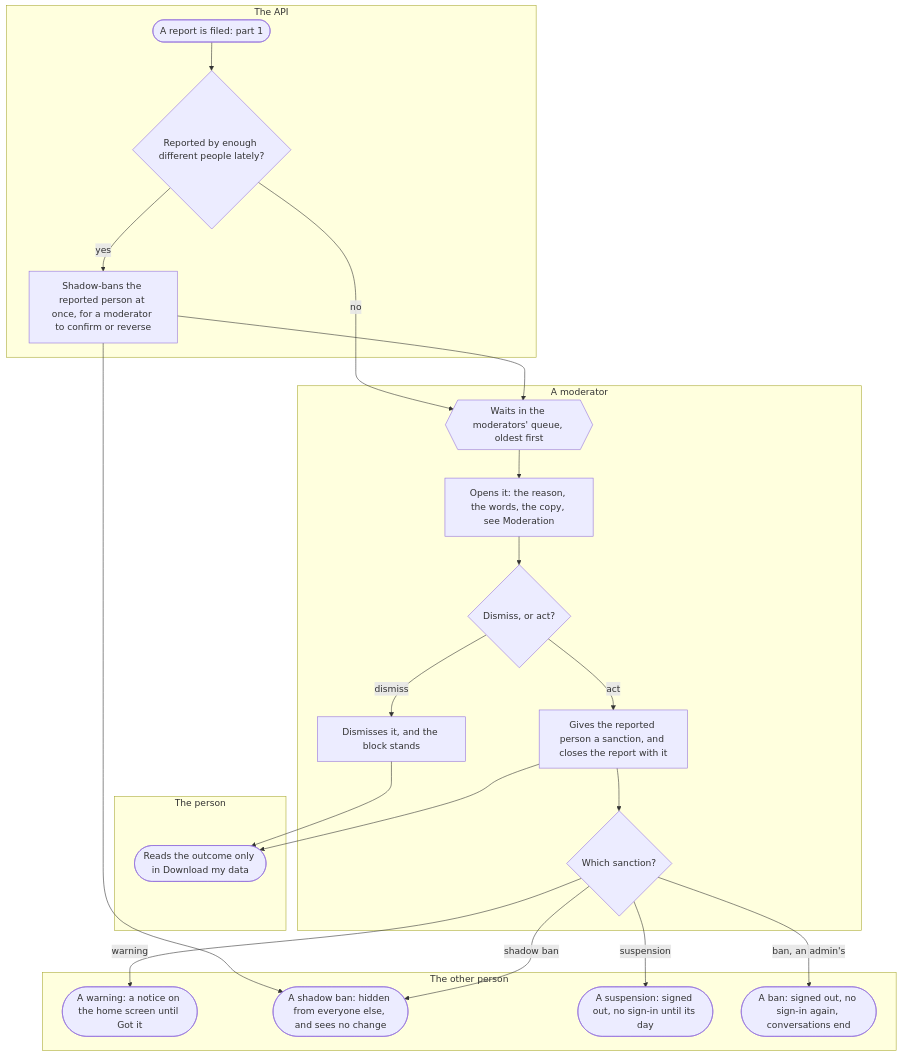
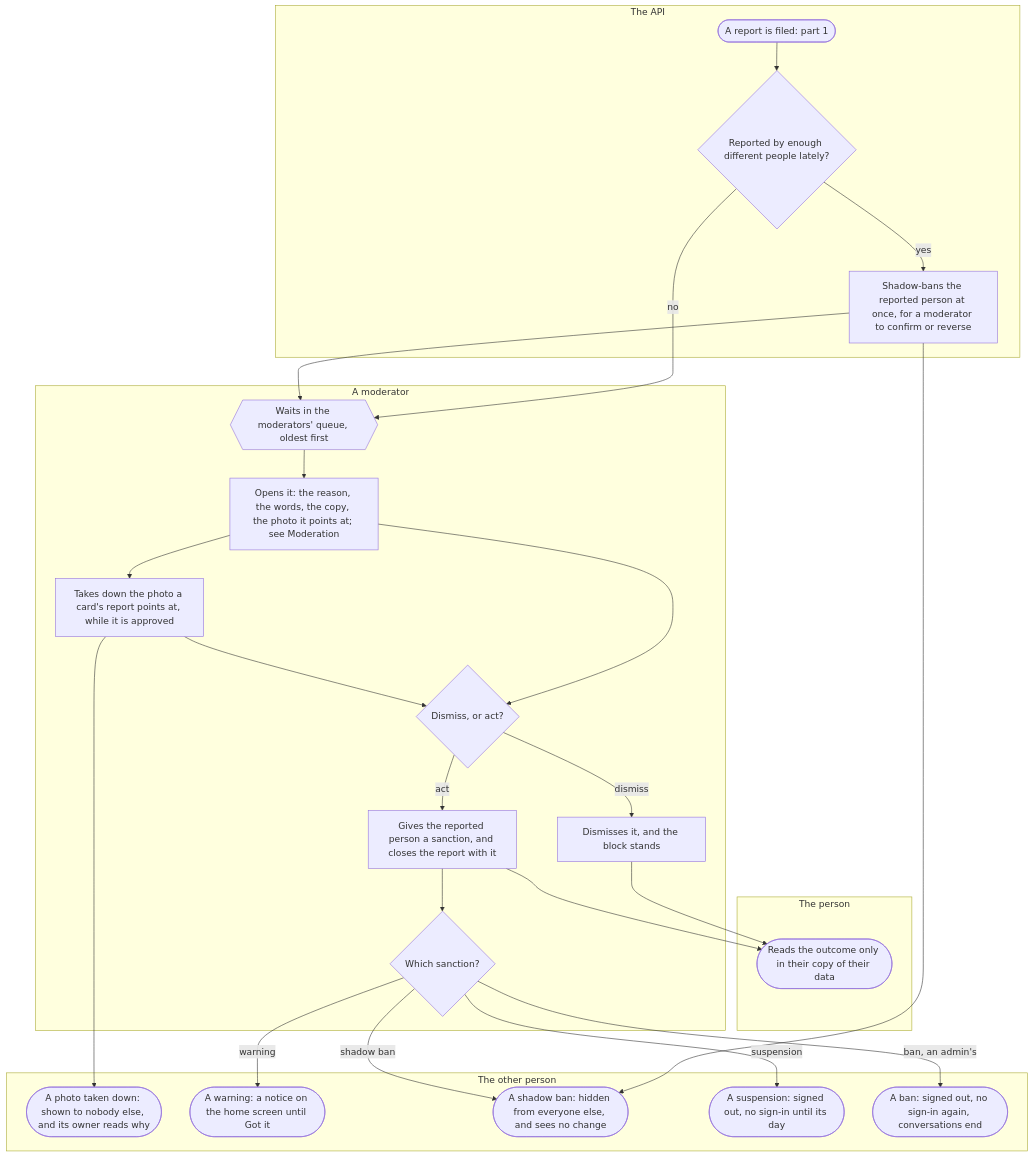
Before and after one commit to kuutti-ry/kuutti-app: the second of 2 diagrams in docs/flows/report-and-block.md, drawn with Mermaid. The commit also changed other lines of this file and 41 other files, not shown here.

First line of the commit message:
Redraw the user flows against today's main, held by check:docs

````diff
--- a/docs/flows/report-and-block.md
+++ b/docs/flows/report-and-block.md
@@ -76,43 +106,48 @@
 ```mermaid
 flowchart TB
   accTitle: Report and block, part 2: the wait and the outcome
-  accDescr: A filed report first meets the automatic rule: reports from enough different people lately shadow-ban the reported person at once, for a moderator to confirm or reverse. The report then waits in the moderators' queue. A moderator opens it and dismisses it, or acts with a sanction: a warning, a shadow ban, a suspension or a ban, each of which changes the reported person's use of the app differently. Nobody is told of the decision, and the reporter reads its outcome only in their copy of their data.
+  accDescr: A filed report first meets the automatic rule: reports from enough different people lately shadow-ban the reported person at once, for a moderator to confirm or reverse. The report then waits in the moderators' queue. A moderator opens it, may take down the one photo it points at, and dismisses it or acts with a sanction: a warning, a shadow ban, a suspension or a ban, each of which changes the reported person's use of the app differently. Nobody is told of the decision, and the reporter reads its outcome only in their copy of their data.
   subgraph person["The person"]
-    s30(["Reads the outcome only in Download my data"])
+    s34(["Reads the outcome only in their copy of their data"])
   end
   subgraph api["The API"]
-    s17(["A report is filed: part 1"])
-    s18{"Reported by enough different people lately?"}
-    s19["Shadow-bans the reported person at once, for a moderator to confirm or reverse"]
+    s19(["A report is filed: part 1"])
+    s20{"Reported by enough different people lately?"}
+    s21["Shadow-bans the reported person at once, for a moderator to confirm or reverse"]
   end
   subgraph other["The other person"]
-    s26(["A warning: a notice on the home screen until Got it"])
-    s27(["A shadow ban: hidden from everyone else, and sees no change"])
-    s28(["A suspension: signed out, no sign-in until its day"])
-    s29(["A ban: signed out, no sign-in again, conversations end"])
+    s29(["A photo taken down: shown to nobody else, and its owner reads why"])
+    s30(["A warning: a notice on the home screen until Got it"])
+    s31(["A shadow ban: hidden from everyone else, and sees no change"])
+    s32(["A suspension: signed out, no sign-in until its day"])
+    s33(["A ban: signed out, no sign-in again, conversations end"])
   end
   subgraph moderator["A moderator"]
-    s20{{"Waits in the moderators' queue, oldest first"}}
-    s21["Opens it: the reason, the words, the copy, see Moderation"]
-    s22{"Dismiss, or act?"}
-    s23["Dismisses it, and the block stands"]
-    s24["Gives the reported person a sanction, and closes the report with it"]
-    s25{"Which sanction?"}
+    s22{{"Waits in the moderators' queue, oldest first"}}
+    s23["Opens it: the reason, the words, the copy, the photo it points at; see Moderation"]
+    s24["Takes down the photo a card's report points at, while it is approved"]
+    s25{"Dismiss, or act?"}
+    s26["Dismisses it, and the block stands"]
+    s27["Gives the reported person a sanction, and closes the report with it"]
+    s28{"Which sanction?"}
   end
-  s17 --> s18
-  s18 -->|"yes"| s19
-  s18 -->|"no"| s20
   s19 --> s20
-  s19 --> s27
-  s20 --> s21
+  s20 -->|"yes"| s21
+  s20 -->|"no"| s22
   s21 --> s22
-  s22 -->|"dismiss"| s23
-  s22 -->|"act"| s24
+  s21 --> s31
+  s22 --> s23
+  s23 --> s24
+  s23 --> s25
+  s24 --> s29
   s24 --> s25
-  s25 -->|"warning"| s26
-  s25 -->|"shadow ban"| s27
-  s25 -->|"suspension"| s28
-  s25 -->|"ban, an admin's"| s29
-  s23 --> s30
-  s24 --> s30
+  s25 -->|"dismiss"| s26
+  s25 -->|"act"| s27
+  s27 --> s28
+  s28 -->|"warning"| s30
+  s28 -->|"shadow ban"| s31
+  s28 -->|"suspension"| s32
+  s28 -->|"ban, an admin's"| s33
+  s26 --> s34
+  s27 --> s34
 ```
````
